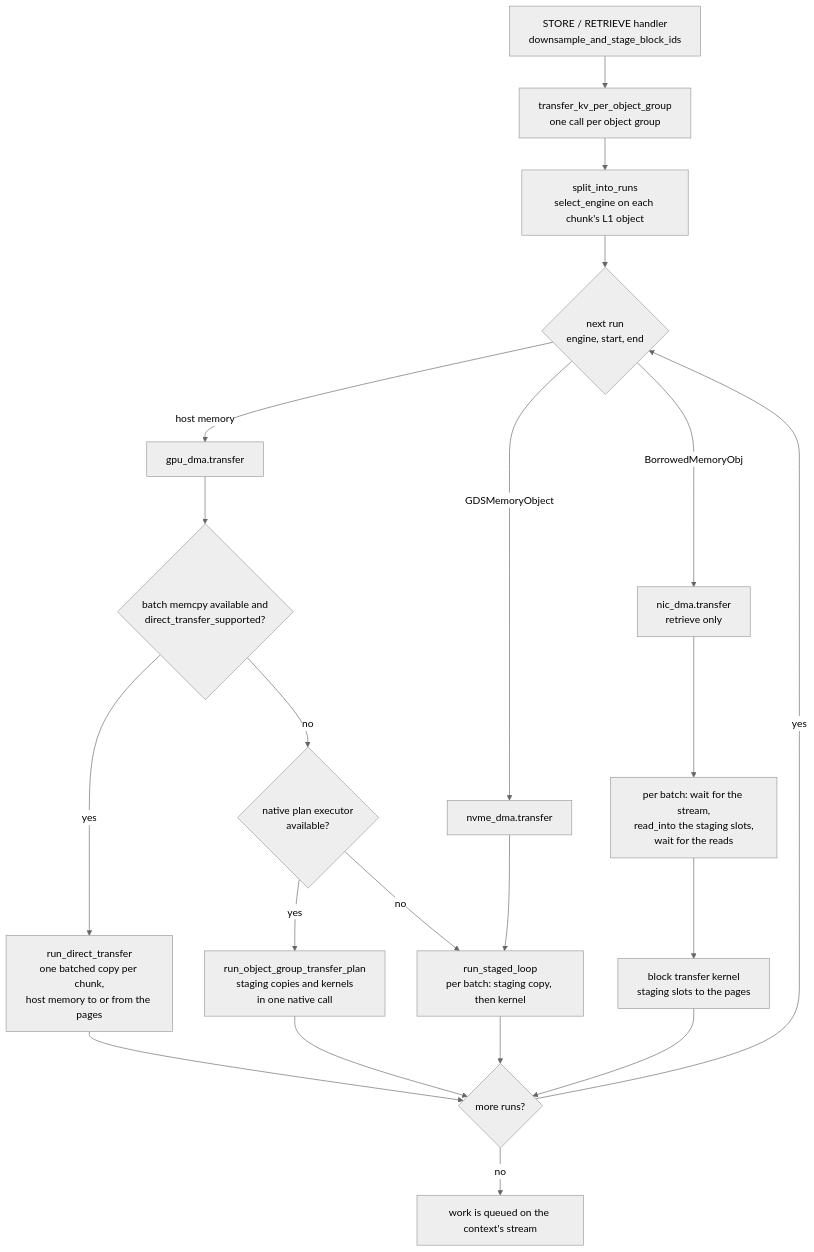
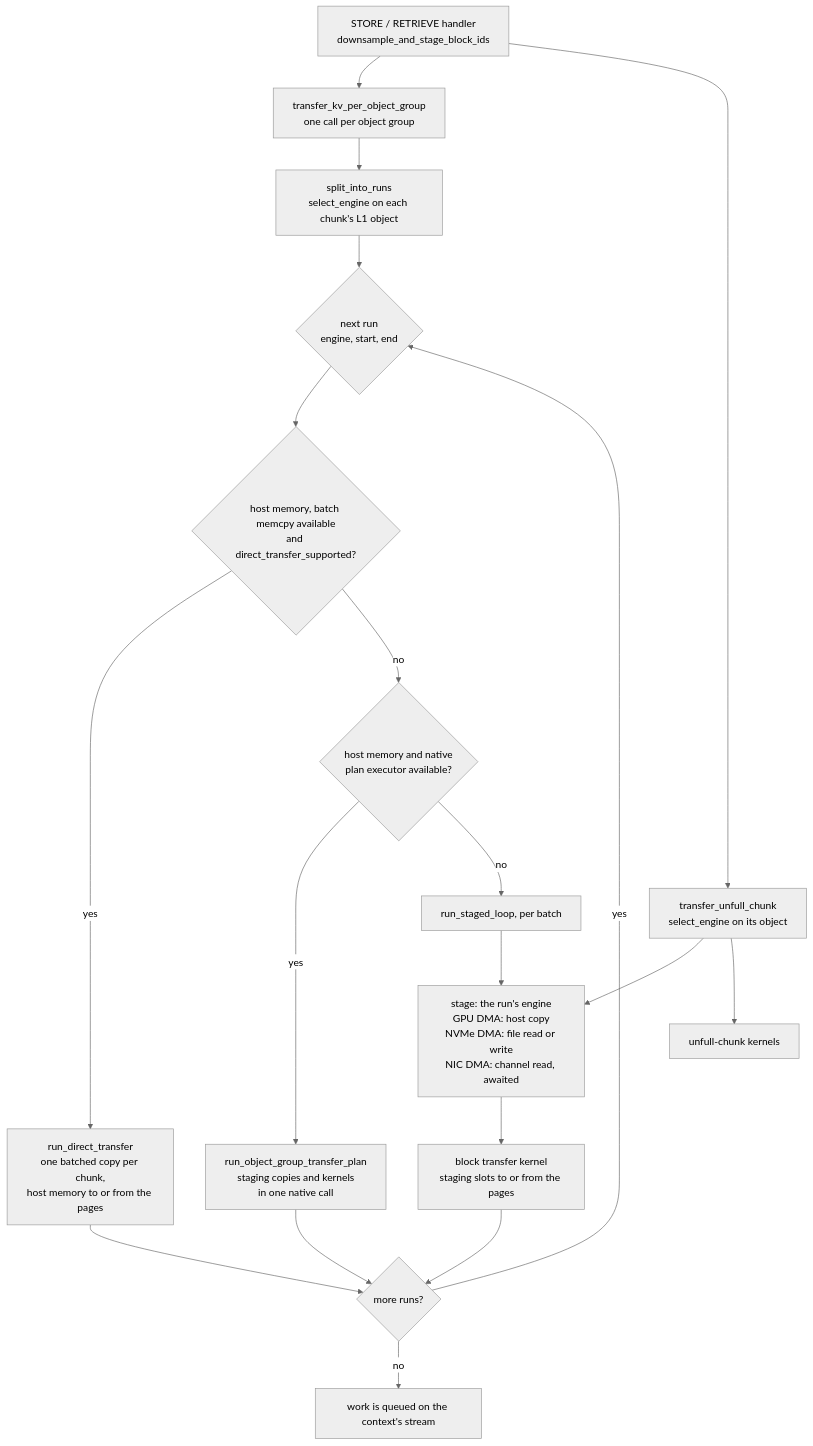
One commit to LMCache/LMCache changed the diagram in docs/design/v1/multiprocess/lmcache_driven_transfer_copy_paths.md. Above: the diagram before and after it, drawn with Mermaid (neutral theme). The commit also changed other lines of this file and 10 other files, not shown here.

First line of the commit message:
[MP] Make the transfer engines agnostic of full and unfull chunks

````diff
--- a/docs/design/v1/multiprocess/lmcache_driven_transfer_copy_paths.md
+++ b/docs/design/v1/multiprocess/lmcache_driven_transfer_copy_paths.md
@@ -50,37 +66,35 @@
 ```mermaid
 flowchart TD
     H["STORE / RETRIEVE handler<br/>downsample_and_stage_block_ids"]
     D["transfer_kv_per_object_group<br/>one call per object group"]
     S["split_into_runs<br/>select_engine on each chunk's L1 object"]
     R{"next run<br/>engine, start, end"}
-    G["gpu_dma.transfer"]
-    N["nvme_dma.transfer"]
-    P["nic_dma.transfer<br/>retrieve only"]
-    G1{"batch memcpy available and<br/>direct_transfer_supported?"}
-    G2{"native plan executor<br/>available?"}
+    G1{"host memory, batch memcpy available<br/>and direct_transfer_supported?"}
+    G2{"host memory and native<br/>plan executor available?"}
     GD["run_direct_transfer<br/>one batched copy per chunk,<br/>host memory to or from the pages"]
     GP["run_object_group_transfer_plan<br/>staging copies and kernels<br/>in one native call"]
-    L["run_staged_loop<br/>per batch: staging copy, then kernel"]
-    P1["per batch: wait for the stream,<br/>read_into the staging slots,<br/>wait for the reads"]
-    K["block transfer kernel<br/>staging slots to the pages"]
+    L["run_staged_loop, per batch"]
+    ST["stage: the run's engine<br/>GPU DMA: host copy<br/>NVMe DMA: file read or write<br/>NIC DMA: channel read, awaited"]
+    K["block transfer kernel<br/>staging slots to or from the pages"]
     E{"more runs?"}
     Q["work is queued on the context's stream"]
+    U["transfer_unfull_chunk<br/>select_engine on its object"]
+    UK["unfull-chunk kernels"]
 
     H --> D --> S --> R
-    R -->|"host memory"| G
-    R -->|"GDSMemoryObject"| N
-    R -->|"BorrowedMemoryObj"| P
-    G --> G1
+    R --> G1
     G1 -->|yes| GD
     G1 -->|no| G2
     G2 -->|yes| GP
     G2 -->|no| L
-    N --> L
-    P --> P1 --> K
+    L --> ST
+    ST --> K
     GD --> E
     GP --> E
-    L --> E
     K --> E
     E -->|yes| R
     E -->|no| Q
+    H --> U
+    U --> ST
+    U --> UK
 ```
````
